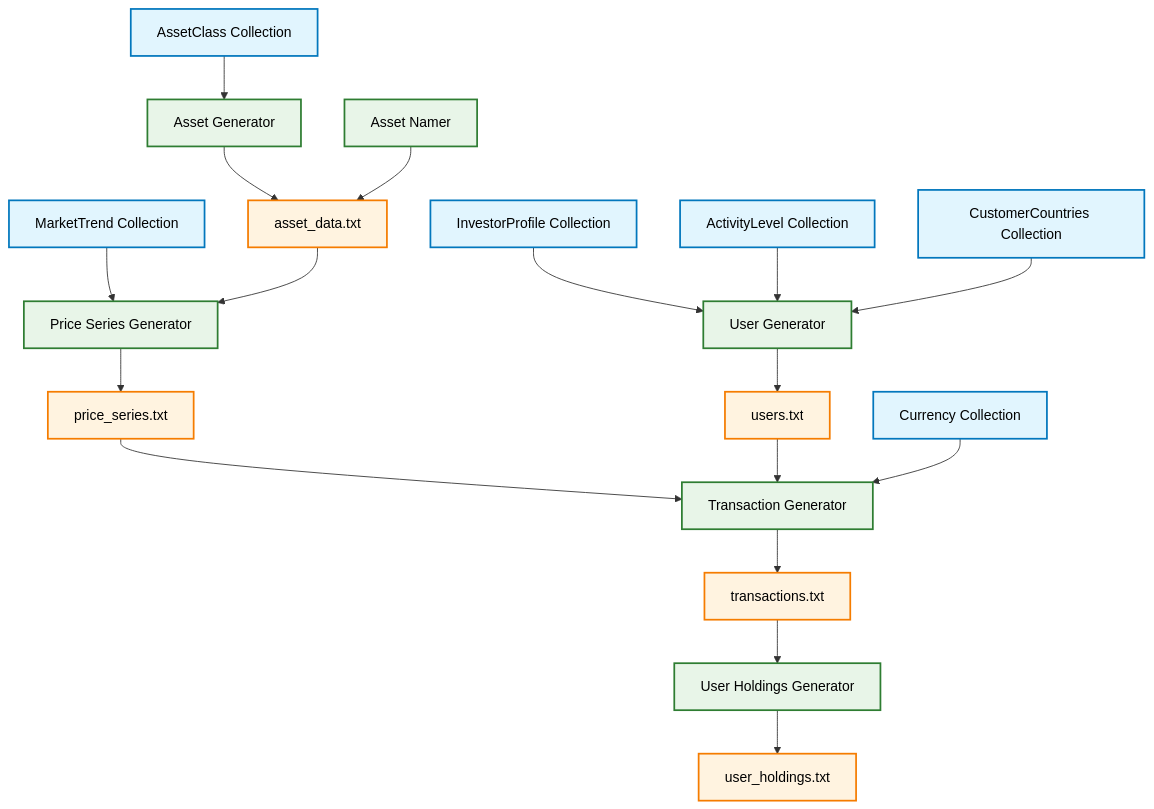
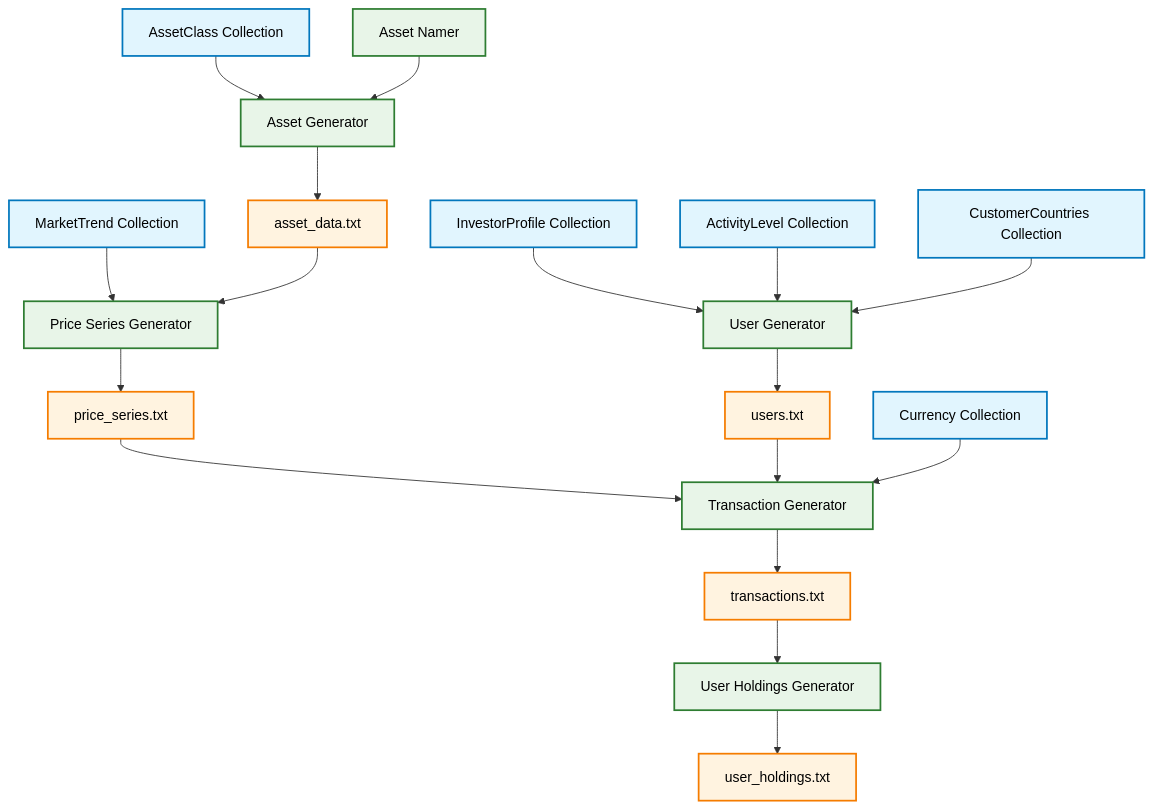
The diagram in doc/project_description/design.md (Schinzel/wise-crowd-data-generator), drawn with Mermaid before and after one commit. The commit also changed other lines of this file, not shown here.

````diff
--- a/doc/project_description/design.md
+++ b/doc/project_description/design.md
@@ -5,48 +5,48 @@
 ```mermaid
 flowchart TD
     %% Data Collections
     MT[MarketTrend Collection]:::collection
     AC[AssetClass Collection]:::collection
     C[Currency Collection]:::collection
     IP[InvestorProfile Collection]:::collection
     AL[ActivityLevel Collection]:::collection
     CC[CustomerCountries Collection]:::collection
     
     %% Generators
     AG[Asset Generator]:::generator
     AN[Asset Namer]:::generator
     PSG[Price Series Generator]:::generator
     UG[User Generator]:::generator
     TG[Transaction Generator]:::generator
     UHG[User Holdings Generator]:::generator
     
     %% Output files
     AD[asset_data.txt]:::outputFile
     PS[price_series.txt]:::outputFile
     U[users.txt]:::outputFile
     T[transactions.txt]:::outputFile
     UH[user_holdings.txt]:::outputFile
     
     %% Relationships
     AC --> AG
     MT --> PSG
+    AN --> AG
     AG --> AD
-    AN --> AD
     AD --> PSG
     PSG --> PS
     IP --> UG
     AL --> UG
     CC --> UG
     UG --> U
     PS --> TG
     U --> TG
     C --> TG
     TG --> T
     T --> UHG
     UHG --> UH
     
     %% Styling
     classDef collection fill:#e1f5fe,stroke:#0277bd,stroke-width:2px,color:#000
     classDef generator fill:#e8f5e8,stroke:#2e7d32,stroke-width:2px,color:#000
     classDef outputFile fill:#fff3e0,stroke:#f57c00,stroke-width:2px,color:#000
 ```
````
